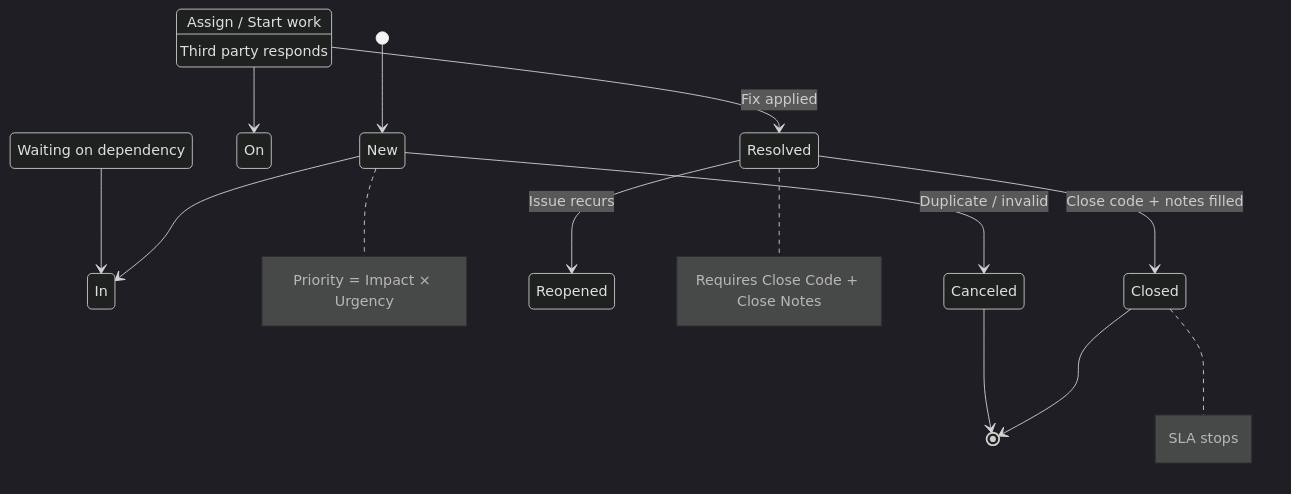
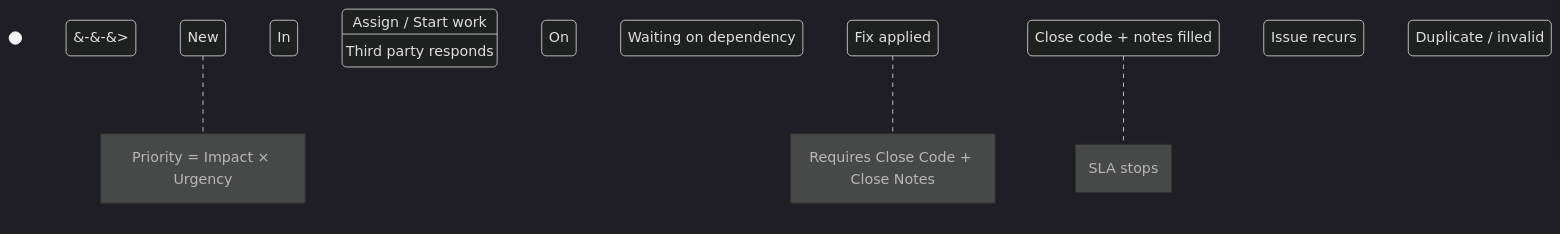
Before and after one commit to eltonaguiar/ServiceNow_Learning_TSOM-_CSM_FSM_SalesCRM_HAM_ITSM: the second of 4 diagrams in docs/modules/csm/csm-guide.md, drawn with Mermaid (dark theme). The commit also changed other lines of this file and 17 other files, not shown here.

First line of the commit message:
Fix mermaid arrows: replace --> with &#45;&#45;&#62; in all mermaid blocks

````diff
--- a/docs/modules/csm/csm-guide.md
+++ b/docs/modules/csm/csm-guide.md
@@ -439,17 +439,17 @@
 ```mermaid
 stateDiagram-v2
-    [*] --> New
-    New --> In Progress : Assign / Start work
-    In Progress --> On Hold : Waiting on dependency
-    On Hold --> In Progress : Third party responds
-    In Progress --> Resolved : Fix applied
-    Resolved --> Closed : Close code + notes filled
-    Resolved --> Reopened : Issue recurs
-    Closed --> [*]
-    New --> Canceled : Duplicate / invalid
-    Canceled --> [*]
+    [*] &#45;&#45;&#62; New
+    New &#45;&#45;&#62; In Progress : Assign / Start work
+    In Progress &#45;&#45;&#62; On Hold : Waiting on dependency
+    On Hold &#45;&#45;&#62; In Progress : Third party responds
+    In Progress &#45;&#45;&#62; Resolved : Fix applied
+    Resolved &#45;&#45;&#62; Closed : Close code + notes filled
+    Resolved &#45;&#45;&#62; Reopened : Issue recurs
+    Closed &#45;&#45;&#62; [*]
+    New &#45;&#45;&#62; Canceled : Duplicate / invalid
+    Canceled &#45;&#45;&#62; [*]
 
     note right of New: Priority = Impact × Urgency
     note right of Resolved: Requires Close Code + Close Notes
     note right of Closed: SLA stops
 ```
````
